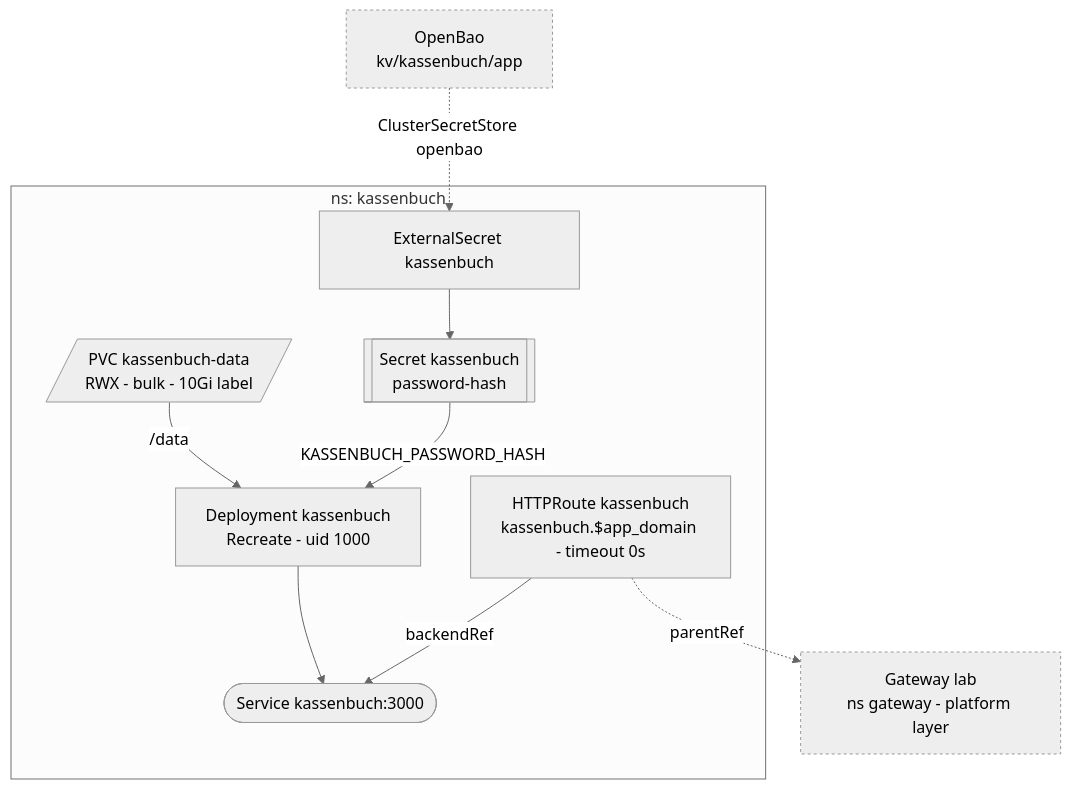
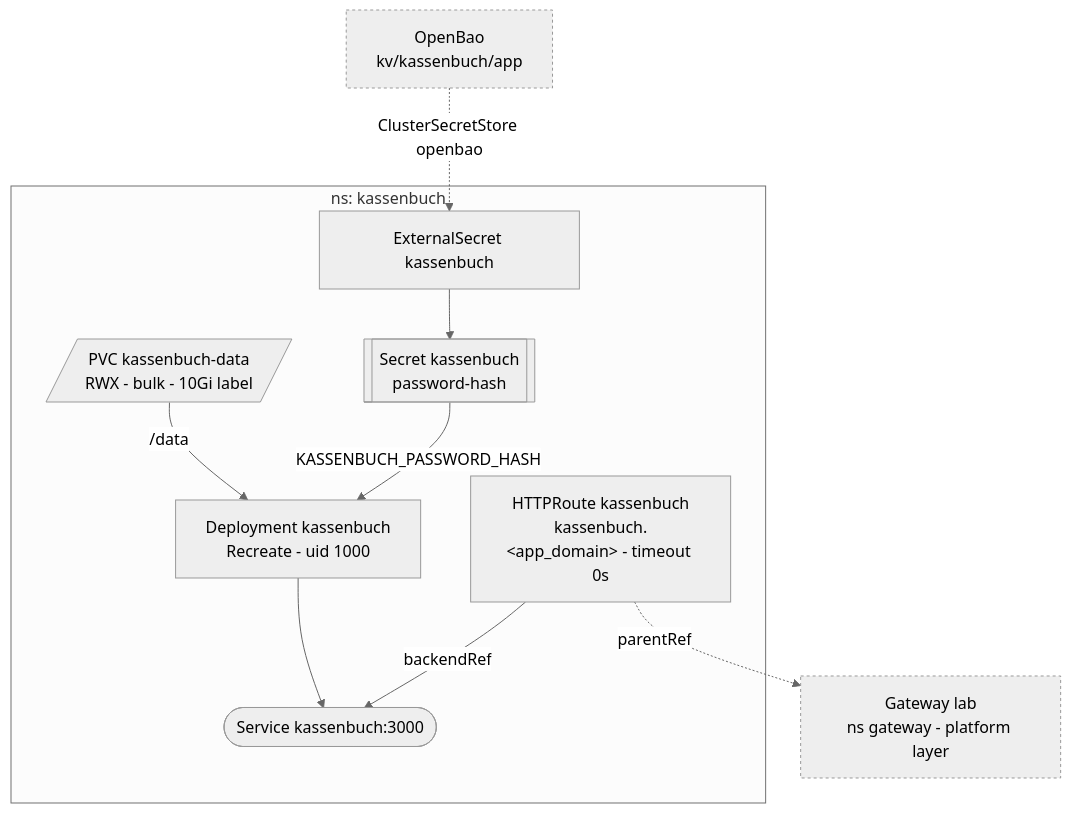
The diagram in docs/kassenbuch.md (Sojamann/homelab-apps), drawn with Mermaid (neutral theme) before and after one commit. The commit also changed other lines of this file and 16 other files, not shown here.

````diff
--- a/docs/kassenbuch.md
+++ b/docs/kassenbuch.md
@@ -8,17 +7,17 @@
 ```mermaid
 graph TD
   subgraph kb["ns: kassenbuch"]
     ES["ExternalSecret kassenbuch"] --> SEC[["Secret kassenbuch<br/>password-hash"]]
     SRV["Deployment kassenbuch<br/>Recreate - uid 1000"]
     SRV --> SVC(["Service kassenbuch:3000"])
     PVC[/"PVC kassenbuch-data<br/>RWX - bulk - 10Gi label"/] -->|/data| SRV
     SEC -->|KASSENBUCH_PASSWORD_HASH| SRV
-    RT["HTTPRoute kassenbuch<br/>kassenbuch.$app_domain - timeout 0s"] -->|backendRef| SVC
+    RT["HTTPRoute kassenbuch<br/>kassenbuch.&lt;app_domain&gt; - timeout 0s"] -->|backendRef| SVC
   end
 
   BAO["OpenBao<br/>kv/kassenbuch/app"] -.->|ClusterSecretStore openbao| ES
   RT -.->|parentRef| GW["Gateway lab<br/>ns gateway - platform layer"]
 
   classDef ext fill:#eee,stroke:#999,stroke-dasharray:3 3;
   class GW,BAO ext;
 ```
````
